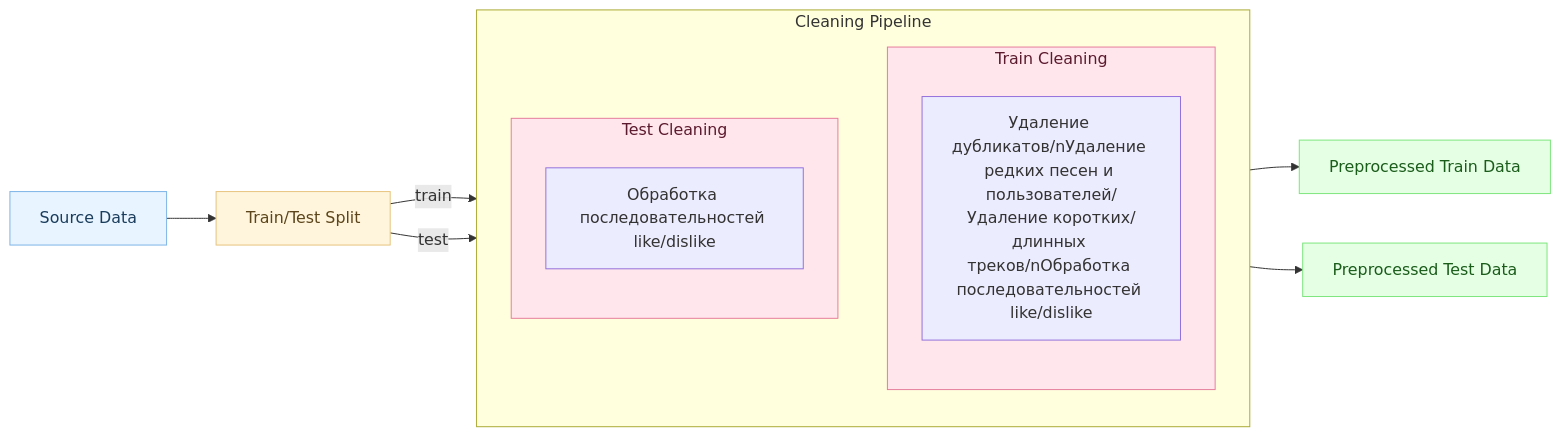
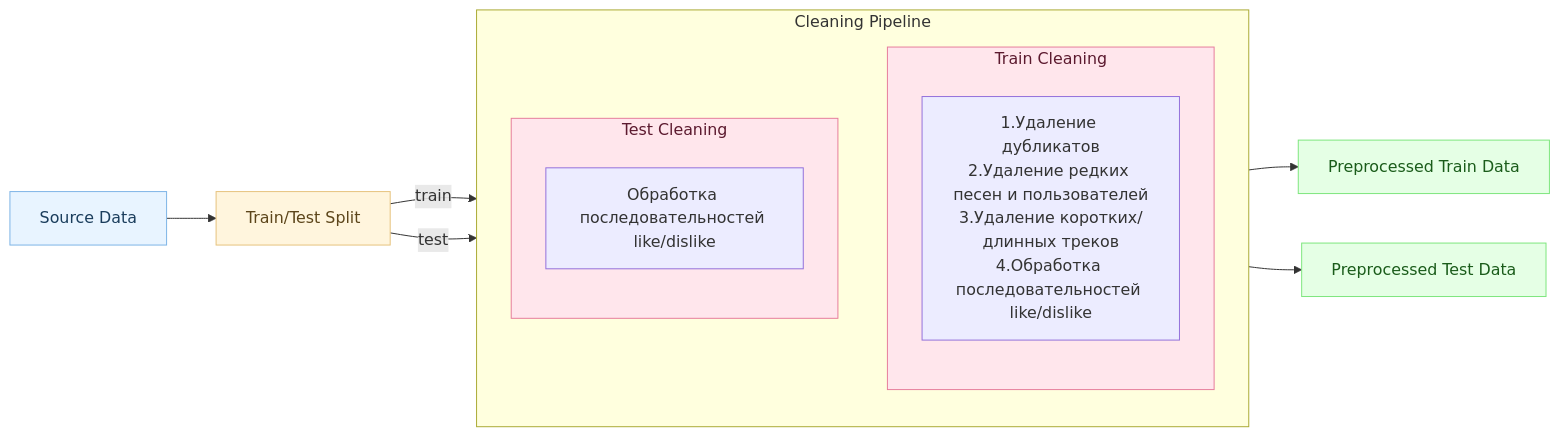
The first of 2 diagrams in README.md (Nastasy822/music-recommendation-experiments), drawn with Mermaid before and after one commit.

Commit message:
docs: add diagram of preprocessing

````diff
--- a/README.md
+++ b/README.md
@@ -138,50 +138,50 @@
 ```mermaid
 flowchart LR
 
     %% === Исходные данные ===
     SRC["Source Data"]
 
     %% === Train/Test Split ===
     SPLIT["Train/Test Split"]
 
     %% === Cleaning блок ===
     subgraph CLEANING["Cleaning Pipeline"]
         direction TB
 
         %% === Train Cleaning ===
         subgraph TRAIN_CLN["Train Cleaning"]
             direction TB
-            N1["Удаление дубликатов/nУдаление редких песен и пользователей/Удаление коротких/длинных треков/nОбработка последовательностей like/dislike"]
+            N1["1.Удаление дубликатов\n2.Удаление редких песен и пользователей\n3.Удаление коротких/длинных треков\n4.Обработка последовательностей like/dislike"]
 
         end
 
         %% === Test Cleaning ===
         subgraph TEST_CLN["Test Cleaning"]
             direction TB
             T1["Обработка последовательностей like/dislike"]
         end
     end
 
     PRE_TRAIN["Preprocessed Train Data"]
     PRE_TEST["Preprocessed Test Data"]
 
     %% === Потоки ===
     SRC --> SPLIT
     SPLIT -->|train| N1
     SPLIT -->|test| T1
 
     N1 --> PRE_TRAIN
     T1 --> PRE_TEST
 
     %% === Стили ===
     classDef source fill:#e8f4ff,stroke:#7db4e6,color:#1a3d5c;
     classDef split fill:#fff5dd,stroke:#e6c27d,color:#5c451a;
     classDef clean fill:#ffe6ec,stroke:#e67d9c,color:#5c1a2f;
     classDef result fill:#e5ffe5,stroke:#7de67d,color:#1a5c1a;
 
     class SRC source;
     class SPLIT split;
     class TRAIN_CLN,TEST_CLN clean;
     class PRE_TRAIN,PRE_TEST result;
 
 ```
````
